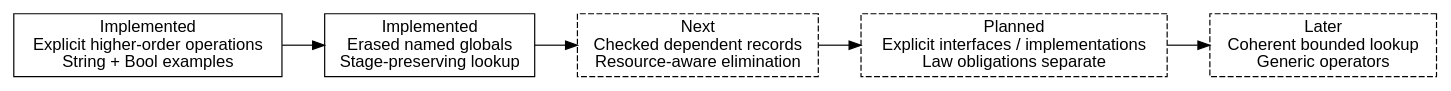
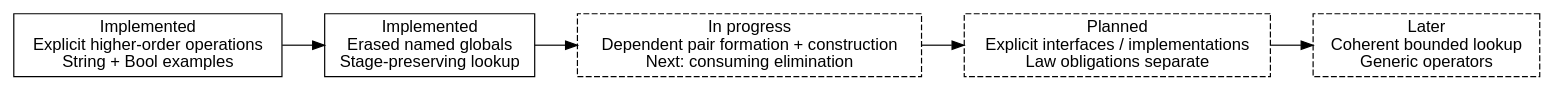
The diagram in docs/diagrams/interfaces.dot (odunboye/fibril), drawn with Graphviz before and after one commit. The commit also changed 21 other files, not shown here.

Commit message:
Check dependent pair formation and quantitative construction in the core

```diff
--- a/docs/diagrams/interfaces.dot
+++ b/docs/diagrams/interfaces.dot
@@ -1,10 +1,10 @@
 digraph interfaces {
   rankdir=LR;
   node [shape=box, fontname="sans-serif"];
   operations [label="Implemented\nExplicit higher-order operations\nString + Bool examples"];
   staging [label="Implemented\nErased named globals\nStage-preserving lookup"];
-  records [label="Next\nChecked dependent records\nResource-aware elimination", style=dashed];
+  records [label="In progress\nDependent pair formation + construction\nNext: consuming elimination", style=dashed];
   explicit [label="Planned\nExplicit interfaces / implementations\nLaw obligations separate", style=dashed];
   search [label="Later\nCoherent bounded lookup\nGeneric operators", style=dashed];
   operations -> staging -> records -> explicit -> search;
 }
```
